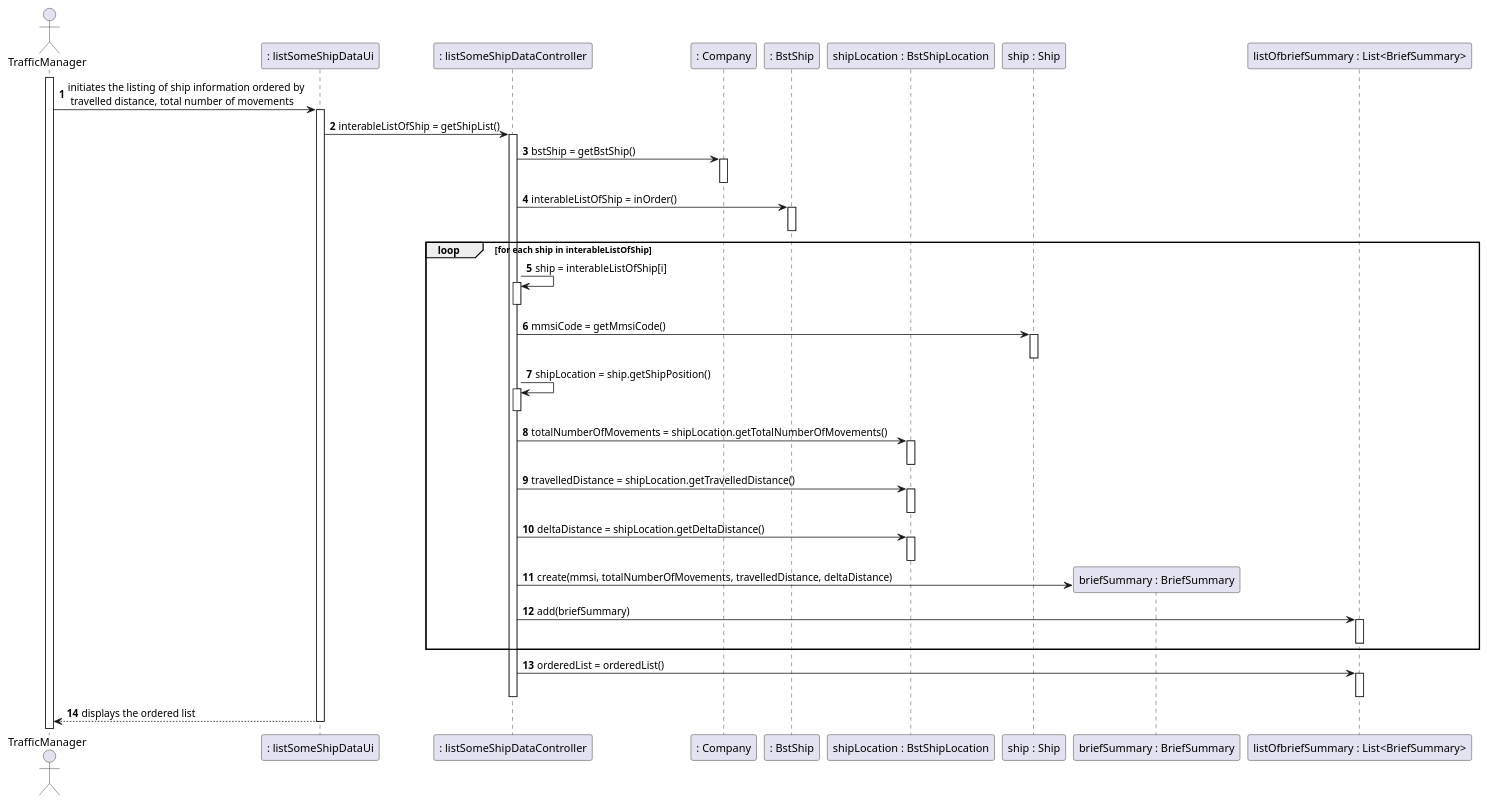
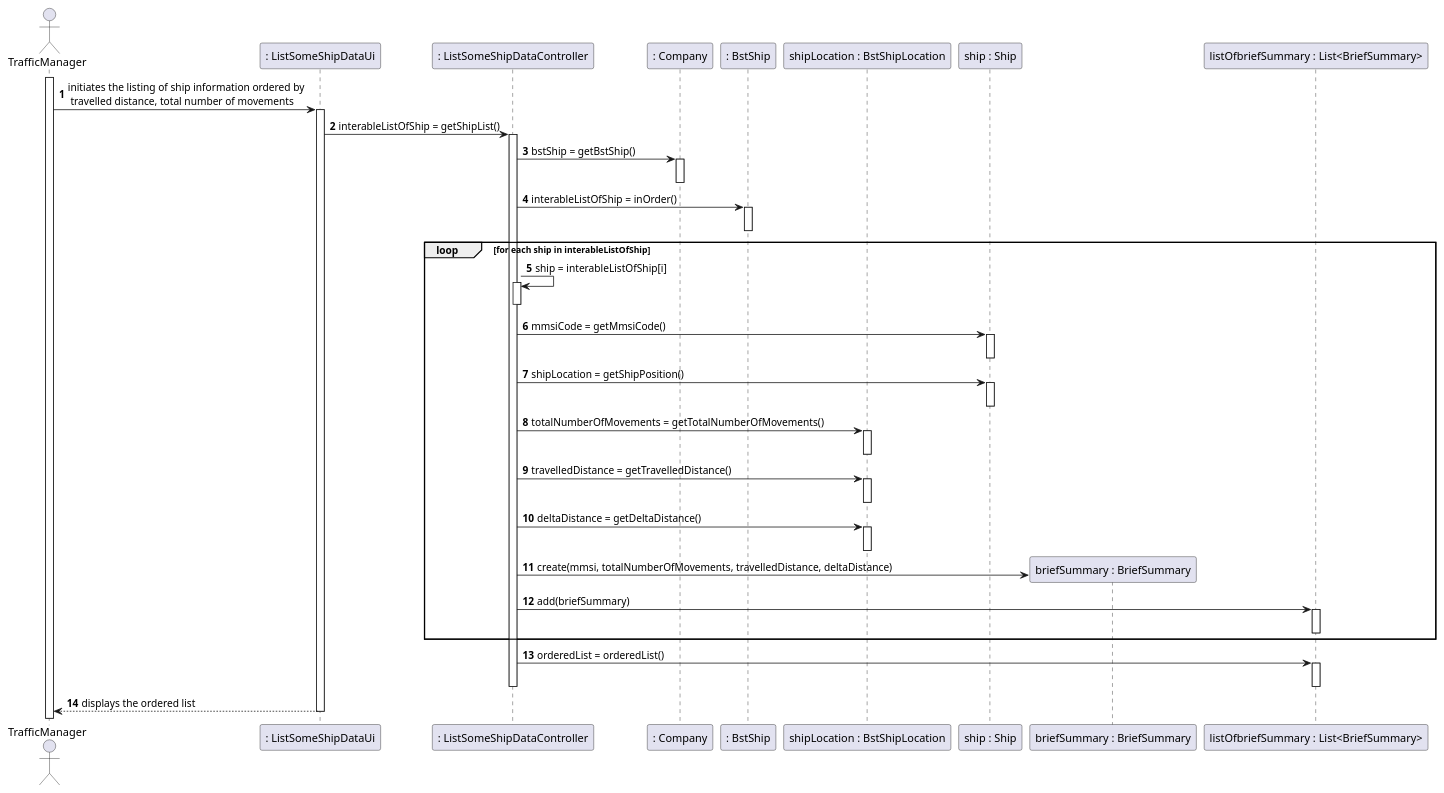
The diagram in docs/US105/US105_SD.puml (0franciscor/lapr3-2021-g042), drawn with PlantUML before and after one commit. The commit also changed 1 other file, not shown here.

```diff
--- a/docs/US105/US105_SD.puml
+++ b/docs/US105/US105_SD.puml
@@ -1,61 +1,61 @@
 @startuml
 'https://plantuml.com/sequence-diagram
 
 actor TrafficManager as TM
-participant ": listSomeShipDataUi" as UI
-participant ": listSomeShipDataController" as CTR
+participant ": ListSomeShipDataUi" as UI
+participant ": ListSomeShipDataController" as CTR
 participant ": Company" as COMP
 participant ": BstShip" as BST
 participant "shipLocation : BstShipLocation" as BSTL
 participant "ship : Ship" as SHIP
 participant "briefSummary : BriefSummary" as BS
 participant "listOfbriefSummary : List<BriefSummary>" as LIST
 
 autonumber
 activate TM
 TM -> UI: initiates the listing of ship information ordered by \n travelled distance, total number of movements
 activate UI
 UI -> CTR : interableListOfShip = getShipList()
 activate CTR
 CTR -> COMP : bstShip = getBstShip()
 activate COMP
 deactivate COMP
 CTR -> BST : interableListOfShip = inOrder()
 activate BST
 deactivate BST
 loop for each ship in interableListOfShip
 CTR -> CTR : ship = interableListOfShip[i]
 activate CTR
 deactivate CTR
 CTR -> SHIP : mmsiCode = getMmsiCode()
 activate SHIP
 deactivate SHIP
-CTR -> CTR : shipLocation = ship.getShipPosition()
-activate CTR
-deactivate CTR
-CTR -> BSTL : totalNumberOfMovements = shipLocation.getTotalNumberOfMovements()
+CTR -> SHIP : shipLocation = getShipPosition()
+activate SHIP
+deactivate SHIP
+CTR -> BSTL : totalNumberOfMovements = getTotalNumberOfMovements()
 activate BSTL
 deactivate BSTL
-CTR -> BSTL : travelledDistance = shipLocation.getTravelledDistance()
+CTR -> BSTL : travelledDistance = getTravelledDistance()
 activate BSTL
 deactivate BSTL
-CTR -> BSTL : deltaDistance = shipLocation.getDeltaDistance()
+CTR -> BSTL : deltaDistance = getDeltaDistance()
 activate BSTL
 deactivate BSTL
 
 CTR -> BS** : create(mmsi, totalNumberOfMovements, travelledDistance, deltaDistance)
 CTR -> LIST : add(briefSummary)
 activate LIST
 deactivate LIST
 end
 
 CTR-> LIST : orderedList = orderedList()
 activate LIST
 deactivate LIST
 
 deactivate CTR
 
 UI --> TM : displays the ordered list
 deactivate UI
 
 @enduml
```
